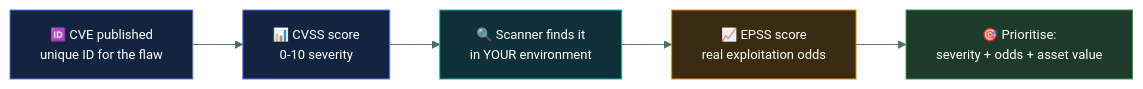
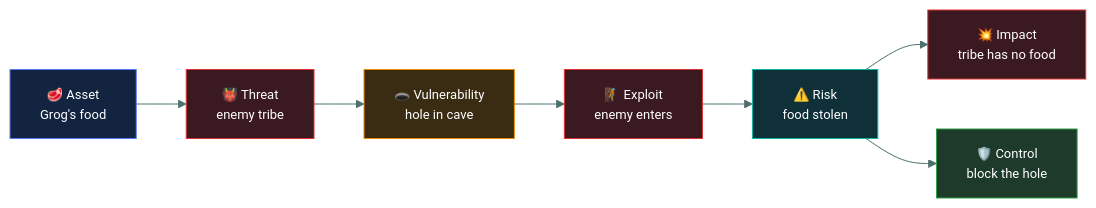
One commit to tarunTejaDesireddy/cc-exam-prep changed the fourth of 5 diagrams in 01-security-principles/risk-concepts/README.md. Above: the diagram before and after it, drawn with Mermaid. The commit also changed other lines of this file and 1 other file, not shown here.

First line of the commit message:
Rewrite risk-concepts with the full 15-concept caveman walkthrough

````diff
--- a/01-security-principles/risk-concepts/README.md
+++ b/01-security-principles/risk-concepts/README.md
@@ -233,14 +451,18 @@
 ```mermaid
-%%{init: {'theme':'base','themeVariables':{'fontSize':'13px','lineColor':'#4d6f6e','textColor':'#dbe7e6'}}}%%
+%%{init: {'theme':'base','themeVariables':{'fontFamily':'Segoe UI, Helvetica Neue, Arial, sans-serif','fontSize':'13px','lineColor':'#4d6f6e','textColor':'#dbe7e6'}}}%%
 flowchart LR
-    CVE["🆔 CVE published<br/>unique ID for the flaw"] --> CVSS["📊 CVSS score<br/>0-10 severity"]
-    CVSS --> SCAN["🔍 Scanner finds it<br/>in YOUR environment"]
-    SCAN --> EPSS["📈 EPSS score<br/>real exploitation odds"]
-    EPSS --> PRI["🎯 Prioritise:<br/>severity + odds + asset value"]
+    A["🥩 Asset<br/>Grog's food"] --> T["👹 Threat<br/>enemy tribe"]
+    T --> V["🕳️ Vulnerability<br/>hole in cave"]
+    V --> E["🧗 Exploit<br/>enemy enters"]
+    E --> R["⚠️ Risk<br/>food stolen"]
+    R --> I["💥 Impact<br/>tribe has no food"]
+    R --> C["🛡️ Control<br/>block the hole"]
 
-    style CVE fill:#12243f,stroke:#5C7CFA,color:#fff
-    style CVSS fill:#12243f,stroke:#5C7CFA,color:#fff
-    style SCAN fill:#0f3038,stroke:#12B5A5,color:#fff
-    style EPSS fill:#3a2c12,stroke:#F08C00,color:#fff
-    style PRI fill:#1d3a2a,stroke:#2F9E44,color:#fff
+    style A fill:#12243f,stroke:#5C7CFA,color:#fff
+    style T fill:#3a1a20,stroke:#E03131,color:#fff
+    style V fill:#3a2c12,stroke:#F08C00,color:#fff
+    style E fill:#3a1a20,stroke:#E03131,color:#fff
+    style R fill:#0f3038,stroke:#12B5A5,color:#fff
+    style I fill:#3a1a20,stroke:#E03131,color:#fff
+    style C fill:#1d3a2a,stroke:#2F9E44,color:#fff
 ```
````
